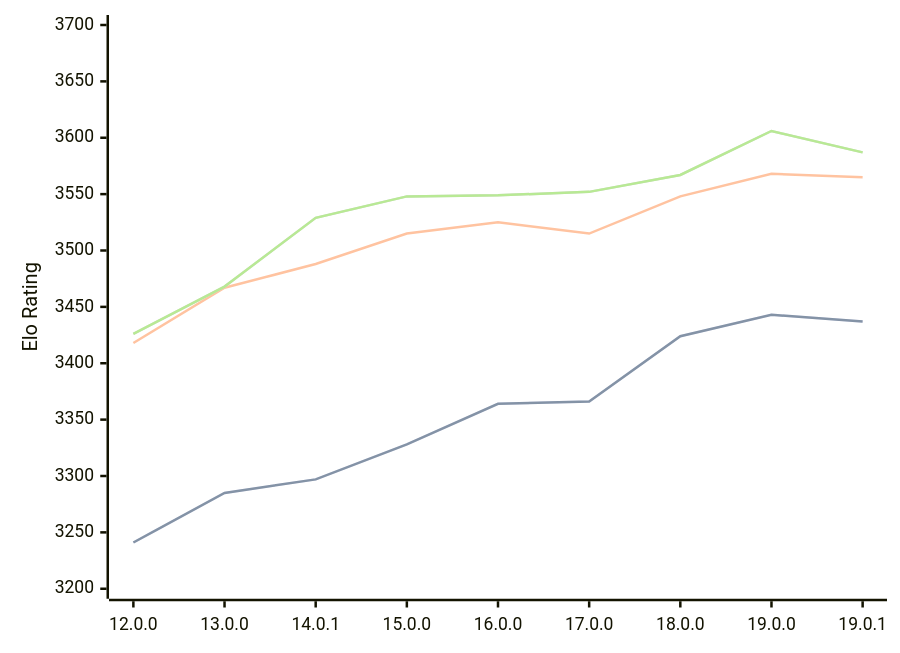
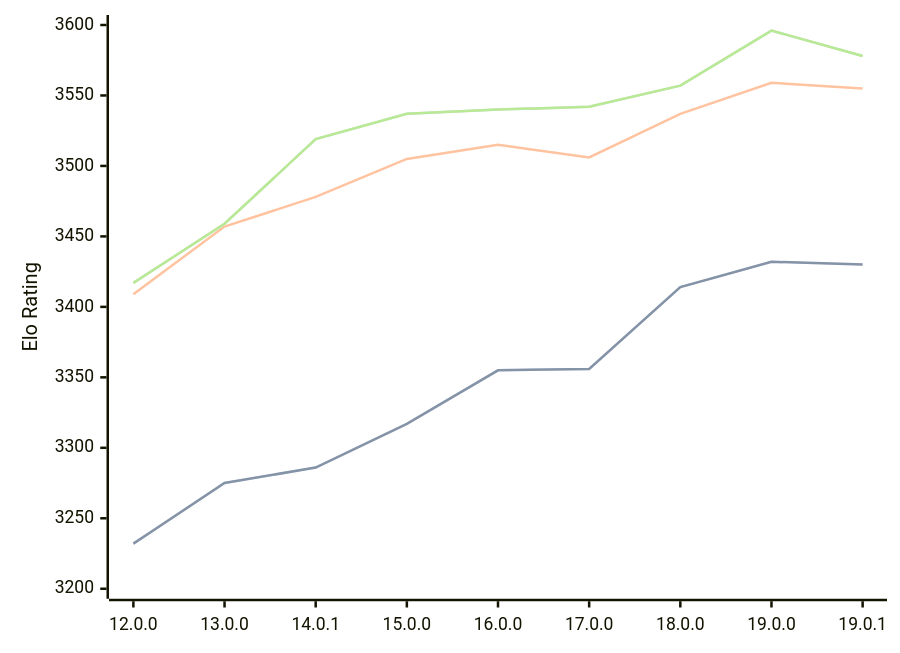
Before and after one commit to computer-chess-index/cci: the diagram in engines/Viridithas.md, drawn with Mermaid. The commit also changed other lines of this file, not shown here.

Commit message:
Update CCI Ratings (ELO VLTC) - 2026-03-19

````diff
--- a/engines/Viridithas.md
+++ b/engines/Viridithas.md
@@ -61,11 +61,11 @@
 ```mermaid
 %%{init: {"theme":"base","themeVariables":{"seriesColors:['#a3a3a3','#222221','#faa371']}}}%%
 xychart-beta
   x-axis ["12.0.0", "13.0.0", "14.0.1", "15.0.0", "16.0.0", "17.0.0", "18.0.0", "19.0.0", "19.0.1"]
-  y-axis "Elo Rating" 3200 --> 3700
-  line "STC (8.0+0.08s)" [3241, 3285, 3297, 3328, 3364, 3366, 3424, 3443, 3437]
-  line "STC (8.0+0.08s)" [3241, 3285, 3297, 3328, 3364, 3366, 3424, 3443, 3437]
-  line "LTC (60.0+0.60s)" [3418, 3467, 3488, 3515, 3525, 3515, 3548, 3568, 3565]
-  line "VLTC (2m24s+1.12s)" [3426, 3468, 3529, 3548, 3549, 3552, 3567, 3606, 3587]
-  line "VLTC (2m24s+1.12s)" [3426, 3468, 3529, 3548, 3549, 3552, 3567, 3606, 3587]
+  y-axis "Elo Rating" 3200 --> 3600
+  line "STC (8.0+0.08s)" [3232, 3275, 3286, 3317, 3355, 3356, 3414, 3432, 3430]
+  line "STC (8.0+0.08s)" [3232, 3275, 3286, 3317, 3355, 3356, 3414, 3432, 3430]
+  line "LTC (60.0+0.60s)" [3409, 3457, 3478, 3505, 3515, 3506, 3537, 3559, 3555]
+  line "VLTC (2m24s+1.12s)" [3417, 3459, 3519, 3537, 3540, 3542, 3557, 3596, 3578]
+  line "VLTC (2m24s+1.12s)" [3417, 3459, 3519, 3537, 3540, 3542, 3557, 3596, 3578]
 ```
````
